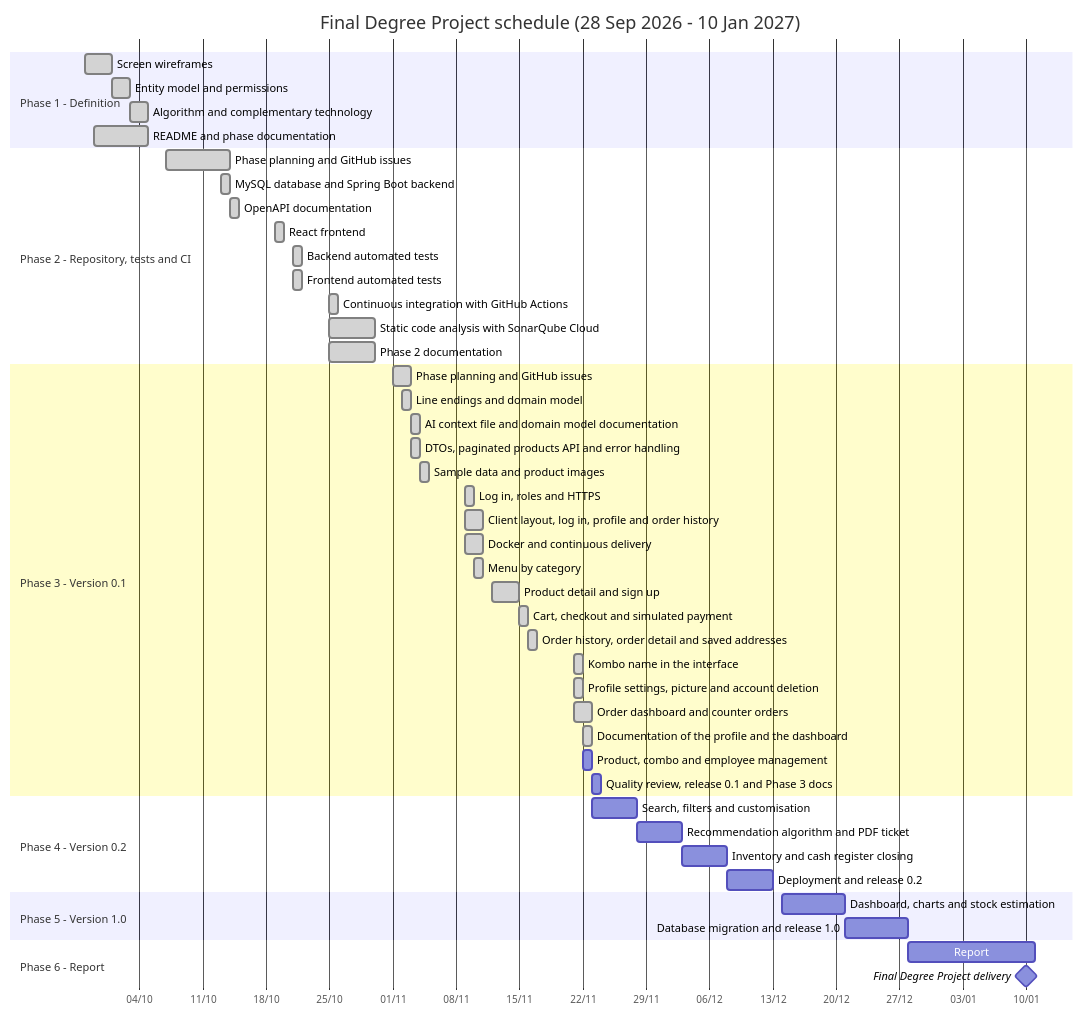
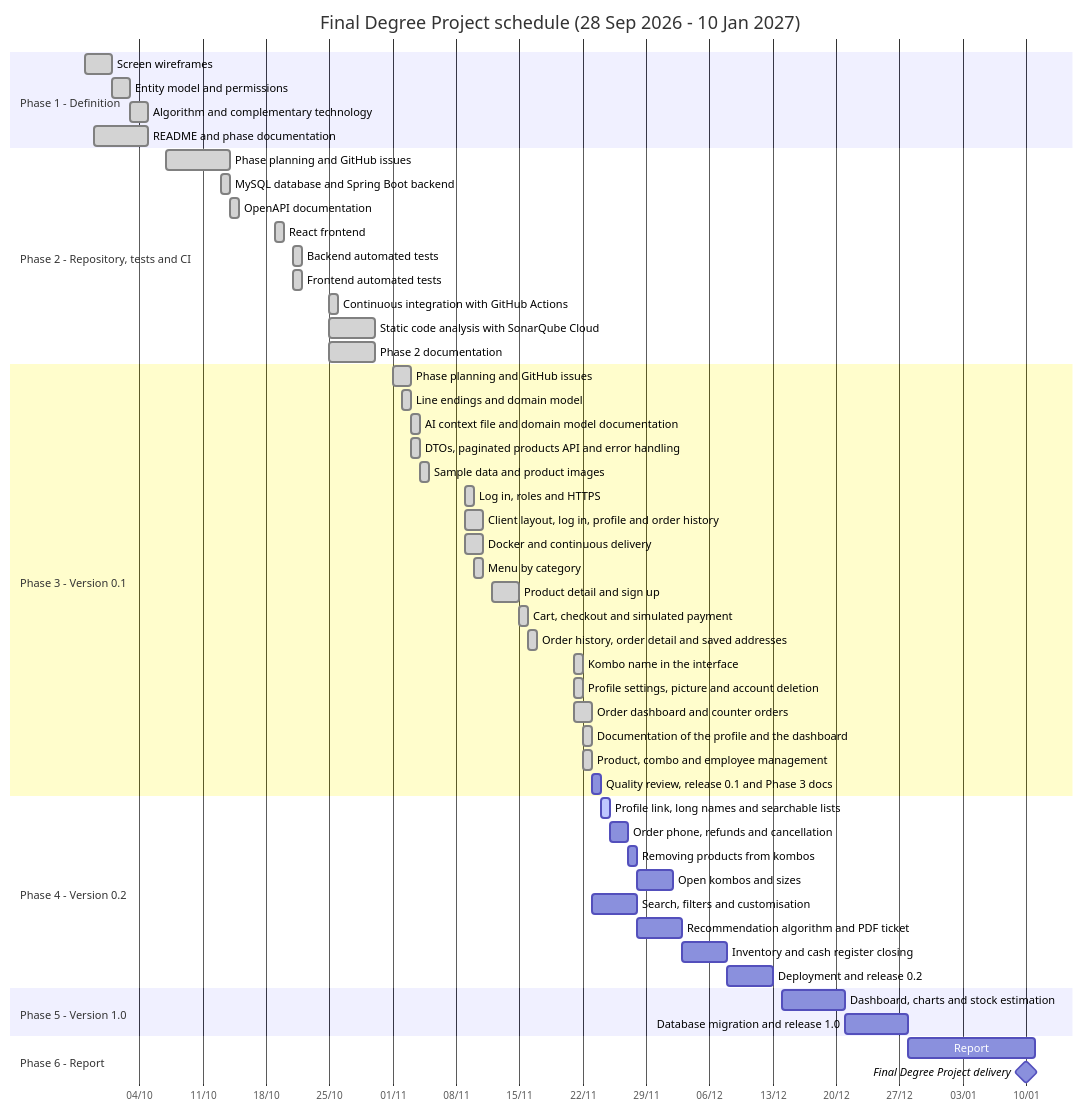
One commit to codeurjc-students/2026-Kombo changed the diagram in docs/methodology.md. Above: the diagram before and after it, drawn with Mermaid. The commit also changed 22 other files, not shown here.

````diff
--- a/docs/methodology.md
+++ b/docs/methodology.md
@@ -17,58 +17,62 @@
 ```mermaid
 gantt
     title Final Degree Project schedule (28 Sep 2026 - 10 Jan 2027)
     dateFormat YYYY-MM-DD
     axisFormat %d/%m
     tickInterval 1week
 
     section Phase 1 - Definition
     Screen wireframes                                :done, f1a, 2026-09-28, 3d
     Entity model and permissions                     :done, f1b, 2026-10-01, 2d
     Algorithm and complementary technology           :done, f1c, 2026-10-03, 2d
     README and phase documentation                   :done, f1d, 2026-09-29, 6d
 
     section Phase 2 - Repository, tests and CI
     Phase planning and GitHub issues                 :done, f2a, 2026-10-07, 7d
     MySQL database and Spring Boot backend           :done, f2b, 2026-10-13, 1d
     OpenAPI documentation                            :done, f2c, 2026-10-14, 1d
     React frontend                                   :done, f2d, 2026-10-19, 1d
     Backend automated tests                          :done, f2e, 2026-10-21, 1d
     Frontend automated tests                         :done, f2f, 2026-10-21, 1d
     Continuous integration with GitHub Actions       :done, f2g, 2026-10-25, 1d
     Static code analysis with SonarQube Cloud        :done, f2h, 2026-10-25, 5d
     Phase 2 documentation                            :done, f2i, 2026-10-25, 5d
 
     section Phase 3 - Version 0.1
     Phase planning and GitHub issues                 :done, f3p, 2026-11-01, 2d
     Line endings and domain model                    :done, f3m, 2026-11-02, 1d
     AI context file and domain model documentation   :done, f3n, 2026-11-03, 1d
     DTOs, paginated products API and error handling  :done, f3o, 2026-11-03, 1d
     Sample data and product images                   :done, f3s, 2026-11-04, 1d
     Log in, roles and HTTPS                          :done, f3a, 2026-11-09, 1d
     Client layout, log in, profile and order history :done, f3l, 2026-11-09, 2d
     Docker and continuous delivery                   :done, f3c, 2026-11-09, 2d
     Menu by category                                 :done, f3b, 2026-11-10, 1d
     Product detail and sign up                       :done, f3d, 2026-11-12, 3d
     Cart, checkout and simulated payment             :done, f3k, 2026-11-15, 1d
     Order history, order detail and saved addresses  :done, f3h, 2026-11-16, 1d
     Kombo name in the interface                      :done, f3q, 2026-11-21, 1d
     Profile settings, picture and account deletion   :done, f3u, 2026-11-21, 1d
     Order dashboard and counter orders               :done, f3e, 2026-11-21, 2d
     Documentation of the profile and the dashboard   :done, f3x, 2026-11-22, 1d
-    Product, combo and employee management           :f3g, 2026-11-22, 1d
+    Product, combo and employee management           :done, f3g, 2026-11-22, 1d
     Quality review, release 0.1 and Phase 3 docs     :f3r, 2026-11-23, 1d
 
     section Phase 4 - Version 0.2
+    Profile link, long names and searchable lists    :active, f4e, 2026-11-24, 1d
+    Order phone, refunds and cancellation            :f4f, after f4e, 2d
+    Removing products from kombos                    :f4g, after f4f, 1d
+    Open kombos and sizes                            :f4h, after f4g, 4d
     Search, filters and customisation                :f4a, 2026-11-23, 5d
     Recommendation algorithm and PDF ticket          :f4b, after f4a, 5d
     Inventory and cash register closing              :f4c, after f4b, 5d
     Deployment and release 0.2                       :f4d, after f4c, 5d
 
     section Phase 5 - Version 1.0
     Dashboard, charts and stock estimation           :f5a, 2026-12-14, 7d
     Database migration and release 1.0               :f5b, after f5a, 7d
 
     section Phase 6 - Report
     Report                                           :f6a, 2026-12-28, 14d
     Final Degree Project delivery                    :milestone, m1, 2027-01-10, 0d
 ```
````
